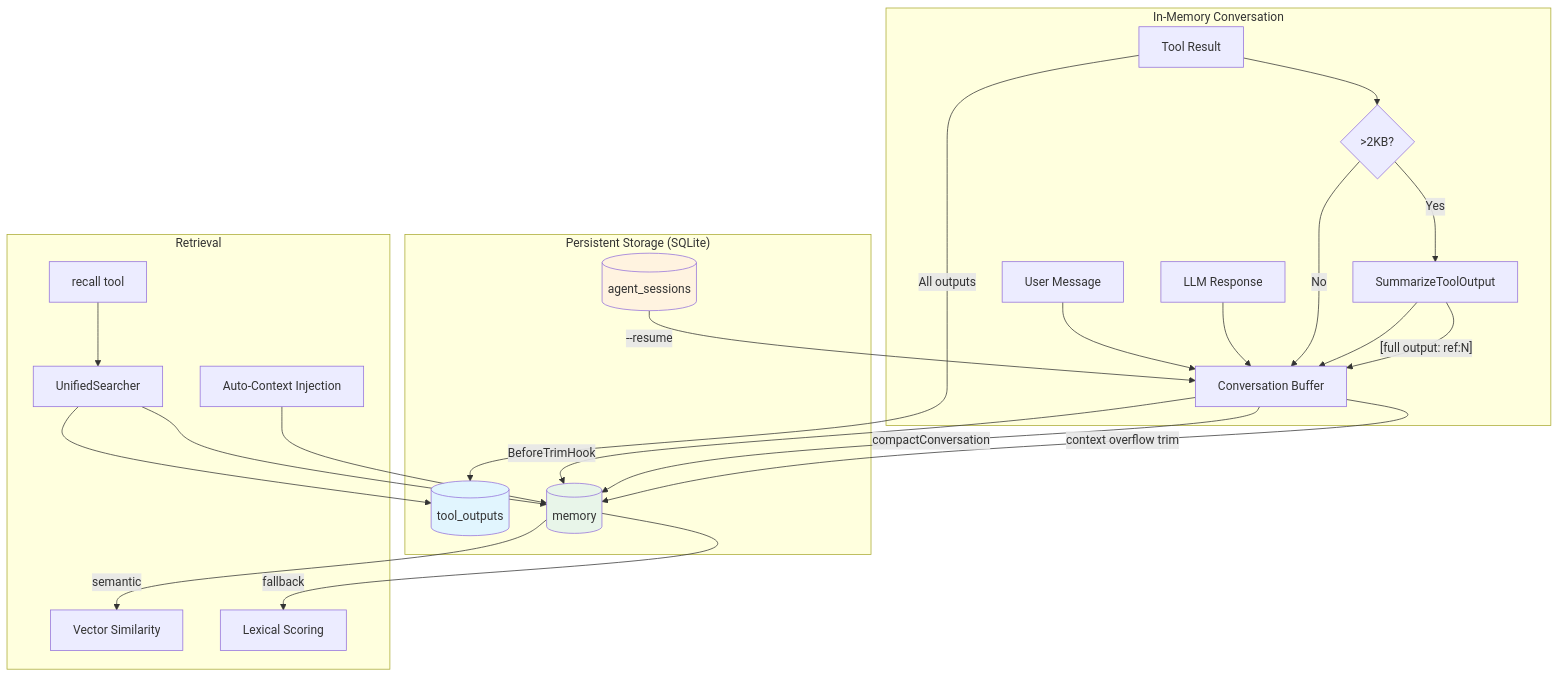
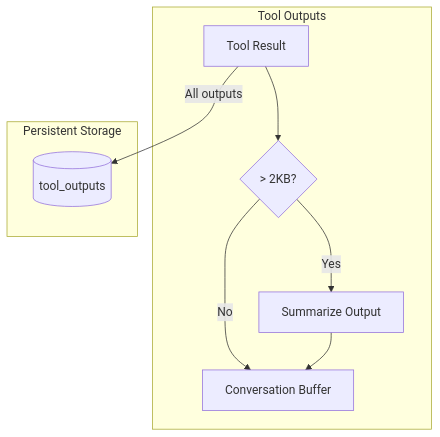
The first of 3 diagrams in docs/features/Memory System.md (gr3enarr0w/synapserouter), drawn with Mermaid before and after one commit. The commit also changed other lines of this file and 9 other files, not shown here.

````diff
--- a/docs/features/Memory System.md
+++ b/docs/features/Memory System.md
@@ -15,33 +17,13 @@
 ```mermaid
 graph TD
-    subgraph "In-Memory Conversation"
-        A[User Message] --> B[Conversation Buffer]
-        C[LLM Response] --> B
-        D[Tool Result] --> S{">2KB?"}
-        S -->|No| B
-        S -->|Yes| SUM[SummarizeToolOutput]
+    subgraph "Tool Outputs"
+        D[Tool Result] --> S{"> 2KB?"}
+        S -->|No| B[Conversation Buffer]
+        S -->|Yes| SUM[Summarize Output]
         SUM --> B
-        SUM -->|"[full output: ref:N]"| B
     end
 
-    subgraph "Persistent Storage (SQLite)"
+    subgraph "Persistent Storage"
         D -->|All outputs| TS[(tool_outputs)]
-        B -->|BeforeTrimHook| VM[(memory)]
-        B -->|compactConversation| VM
-        B -->|context overflow trim| VM
-        AG[(agent_sessions)] -->|"--resume"| B
     end
-
-    subgraph "Retrieval"
-        RC[recall tool] --> US[UnifiedSearcher]
-        US --> TS
-        US --> VM
-        AUTO[Auto-Context Injection] --> VM
-        VM -->|semantic| VEC[Vector Similarity]
-        VM -->|fallback| LEX[Lexical Scoring]
-    end
-
-    style TS fill:#e1f5fe
-    style VM fill:#e8f5e9
-    style AG fill:#fff3e0
 ```
````
